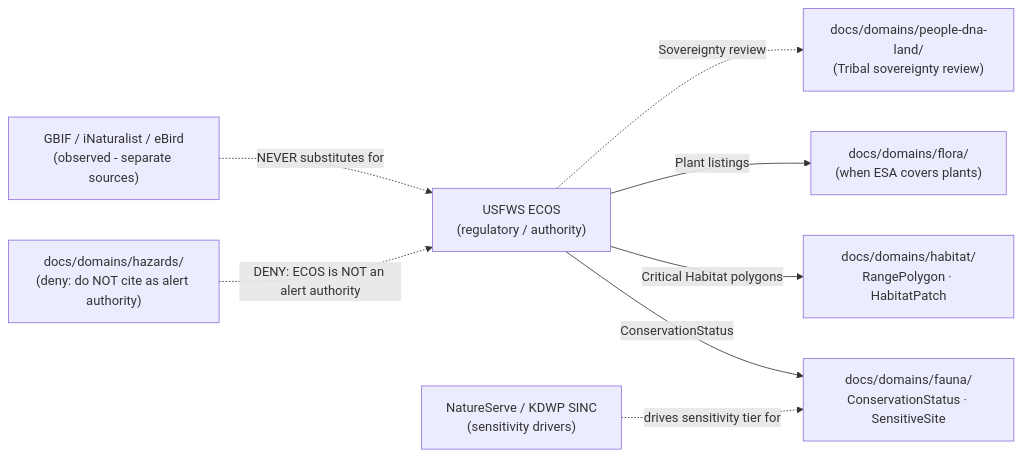
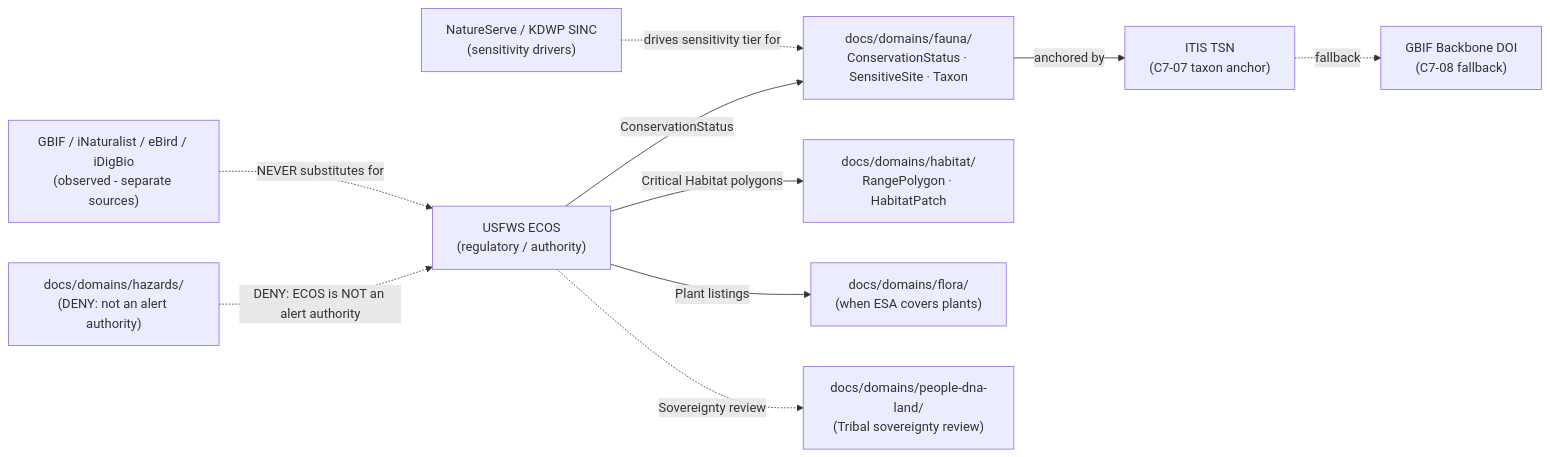
The second of 2 diagrams in docs/sources/catalog/usfws_ecos/README.md (bartytime4life/Kansas-Frontier-Matrix), drawn with Mermaid before and after one commit. The commit also changed other lines of this file, not shown here.

````diff
--- a/docs/sources/catalog/usfws_ecos/README.md
+++ b/docs/sources/catalog/usfws_ecos/README.md
@@ -366,19 +414,23 @@
 ```mermaid
 graph LR
   USFWS["USFWS ECOS<br/>(regulatory / authority)"]
-  FAUNA["docs/domains/fauna/<br/>ConservationStatus · SensitiveSite"]
+  FAUNA["docs/domains/fauna/<br/>ConservationStatus · SensitiveSite · Taxon"]
   HAB["docs/domains/habitat/<br/>RangePolygon · HabitatPatch"]
   FLORA["docs/domains/flora/<br/>(when ESA covers plants)"]
   PEOPLE["docs/domains/people-dna-land/<br/>(Tribal sovereignty review)"]
-  HAZ["docs/domains/hazards/<br/>(deny: do NOT cite as alert authority)"]
-  GBIF["GBIF / iNaturalist / eBird<br/>(observed - separate sources)"]
+  HAZ["docs/domains/hazards/<br/>(DENY: not an alert authority)"]
+  GBIF["GBIF / iNaturalist / eBird / iDigBio<br/>(observed - separate sources)"]
   NS["NatureServe / KDWP SINC<br/>(sensitivity drivers)"]
+  ITIS["ITIS TSN<br/>(C7-07 taxon anchor)"]
+  GBIF_BB["GBIF Backbone DOI<br/>(C7-08 fallback)"]
 
   USFWS -- "ConservationStatus" --> FAUNA
   USFWS -- "Critical Habitat polygons" --> HAB
   USFWS -- "Plant listings" --> FLORA
   USFWS -. "Sovereignty review" .-> PEOPLE
   HAZ -. "DENY: ECOS is NOT an alert authority" .-> USFWS
   GBIF -. "NEVER substitutes for" .-> USFWS
   NS -. "drives sensitivity tier for" .-> FAUNA
+  FAUNA -- "anchored by" --> ITIS
+  ITIS -. "fallback" .-> GBIF_BB
 ```
````
